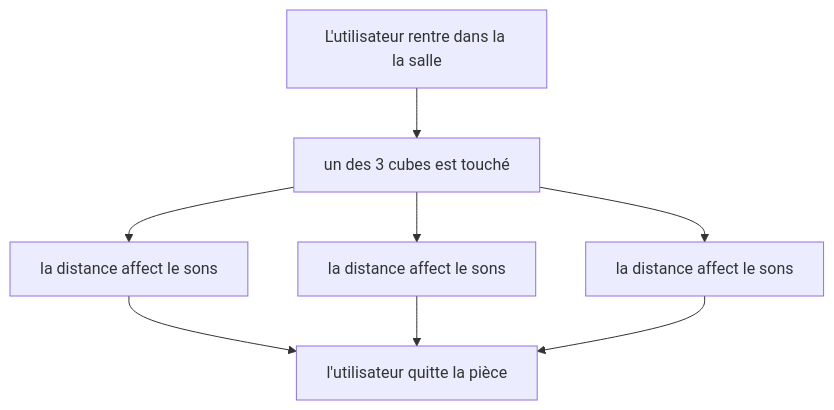
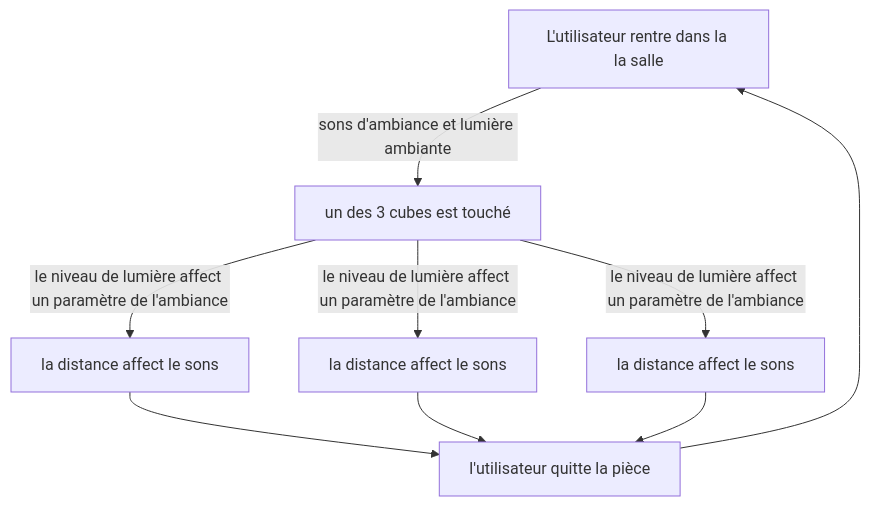
The diagram in 20_intention/30_scenario/README.md (Ethereal-Creators/Etheria), drawn with Mermaid before and after one commit.

Commit message:
update du mermaid scenario

````diff
--- a/20_intention/30_scenario/README.md
+++ b/20_intention/30_scenario/README.md
@@ -13,10 +13,11 @@
 ```mermaid
 graph TD
-    A[L'utilisateur rentre dans la la salle] --> B[la distance affect le sons]
-    B[un des 3 cubes est touché] --> C[la distance affect le sons]
-    B --> D[la distance affect le sons]
-    B --> E[la distance affect le sons]
+    A[L'utilisateur rentre dans la la salle] --sons d'ambiance et lumière ambiante--> B[la distance affect le sons]
+    B[un des 3 cubes est touché] -- le niveau de lumière affect un paramètre de l'ambiance --> C[la distance affect le sons]
+    B --le niveau de lumière affect un paramètre de l'ambiance --> D[la distance affect le sons]
+    B --le niveau de lumière affect un paramètre de l'ambiance --> E[la distance affect le sons]
     C --> F[l'utilisateur quitte la pièce]
     D --> F[l'utilisateur quitte la pièce]
     E --> F[l'utilisateur quitte la pièce]
+    F --> A
 ```
````
